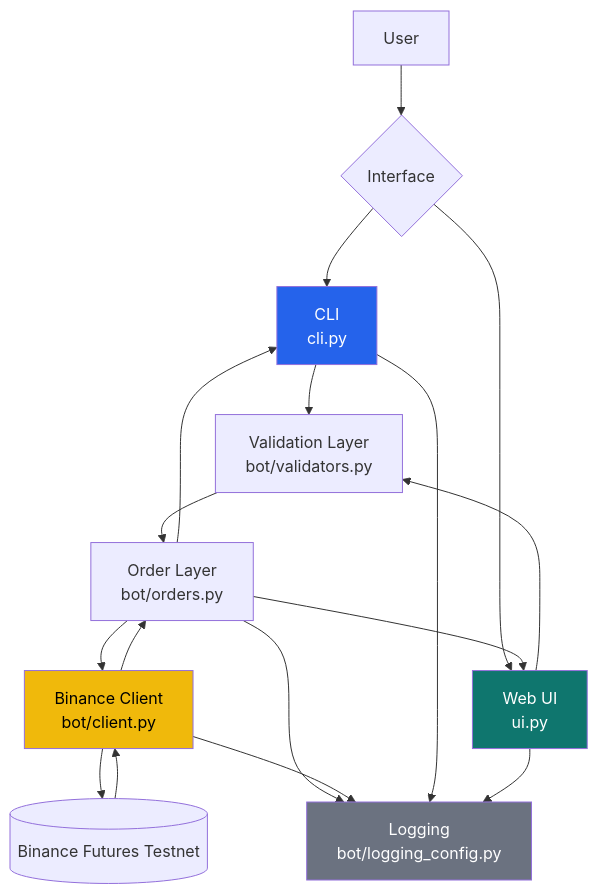
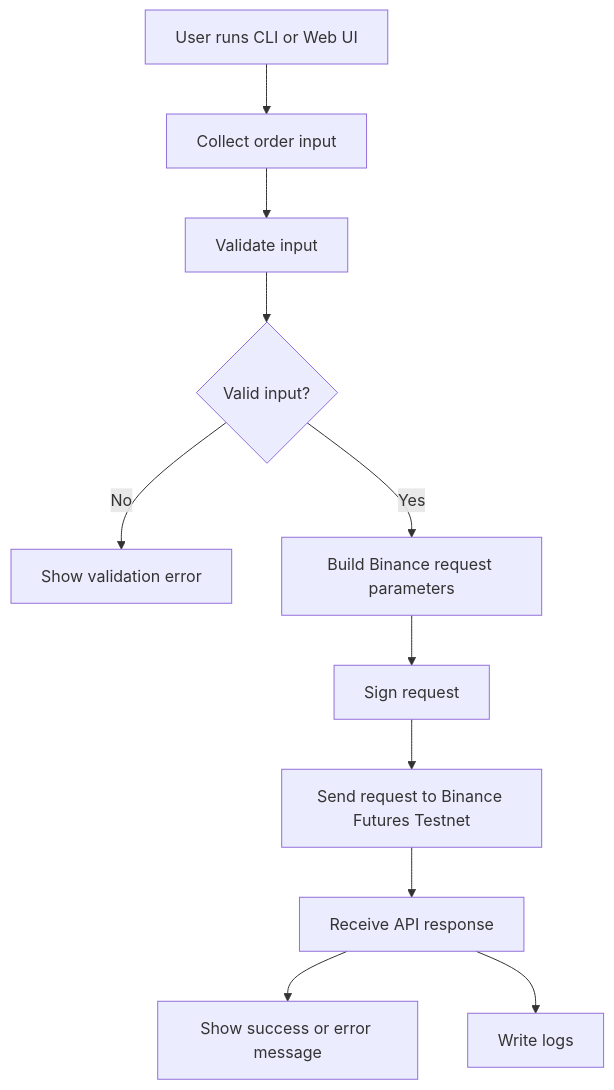
Before and after one commit to avnisinghal001/PrimeTrade-ai: the first of 3 diagrams in README.md, drawn with Mermaid. The commit also changed other lines of this file, not shown here.

````diff
--- a/README.md
+++ b/README.md
@@ -72,28 +292,13 @@
 ```mermaid
-graph TD
-    A[User] --> B{Interface}
-    B --> C[CLI<br/>cli.py]
-    B --> D[Web UI<br/>ui.py]
-
-    C --> E[Validation Layer<br/>bot/validators.py]
-    D --> E
-
-    E --> F[Order Layer<br/>bot/orders.py]
-    F --> G[Binance Client<br/>bot/client.py]
-    G --> H[(Binance Futures Testnet)]
-
-    F --> I[Logging<br/>bot/logging_config.py]
-    G --> I
-    C --> I
-    D --> I
-
-    H --> G
-    G --> F
-    F --> C
-    F --> D
-
-    style C fill:#2563EB,color:#fff
-    style D fill:#0F766E,color:#fff
-    style G fill:#F0B90B,color:#000
-    style I fill:#6B7280,color:#fff
+flowchart TD
+    A[User runs CLI or Web UI] --> B[Collect order input]
+    B --> C[Validate input]
+    C --> D{Valid input?}
+    D -- No --> E[Show validation error]
+    D -- Yes --> F[Build Binance request parameters]
+    F --> G[Sign request]
+    G --> H[Send request to Binance Futures Testnet]
+    H --> I[Receive API response]
+    I --> J[Show success or error message]
+    I --> K[Write logs]
 ```
````
